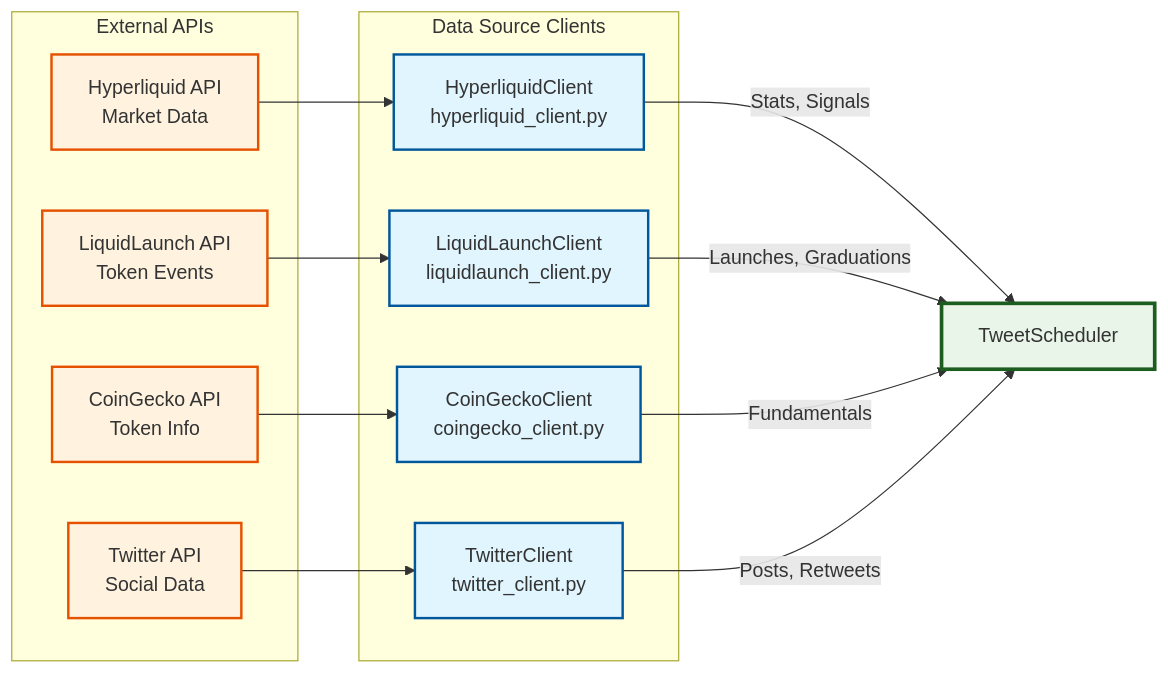
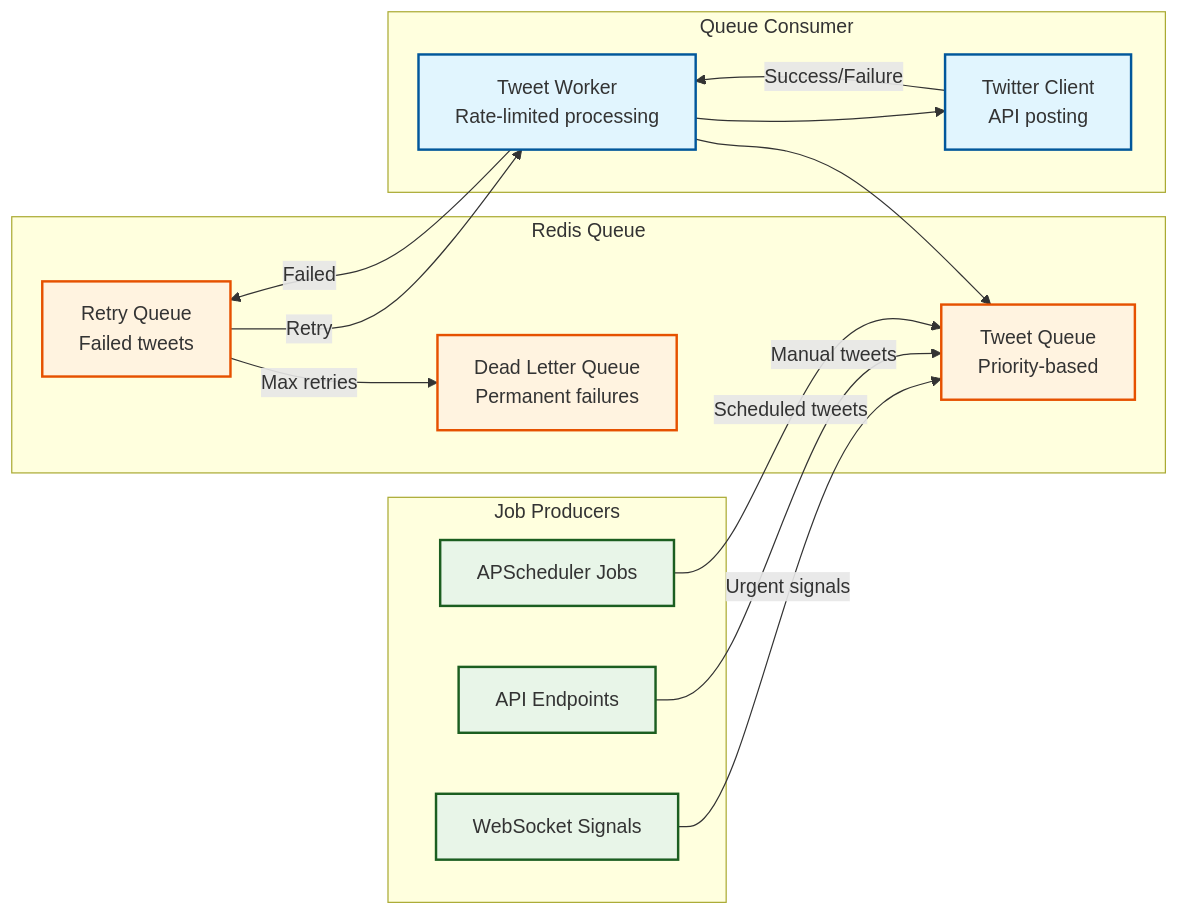
The second of 4 diagrams in docs/arch.md (hypexbt/hypexbt), drawn with Mermaid before and after one commit. The commit also changed other lines of this file and 1 other file, not shown here.

Commit message:
docs: update architecture to single container + Redis queue - Updated README.md and arch.md to reflect single-container architecture with Redis queue processing, background jobs, and future scaling path

````diff
--- a/docs/arch.md
+++ b/docs/arch.md
@@ -57,34 +85,39 @@
 ```mermaid
 graph LR
-    subgraph APIs [External APIs]
-        HLAPI[Hyperliquid API<br/>Market Data]
-        LLAPI[LiquidLaunch API<br/>Token Events]
-        CGAPI[CoinGecko API<br/>Token Info]
-        TWAPI[Twitter API<br/>Social Data]
+    subgraph PRODUCERS [Job Producers]
+        SCHED[APScheduler Jobs]
+        API[API Endpoints]
+        WS[WebSocket Signals]
     end
 
-    subgraph CLIENTS [Data Source Clients]
-        HLC[HyperliquidClient<br/>hyperliquid_client.py]
-        LLC[LiquidLaunchClient<br/>liquidlaunch_client.py]
-        CGC[CoinGeckoClient<br/>coingecko_client.py]
-        TWC[TwitterClient<br/>twitter_client.py]
+    subgraph QUEUE [Redis Queue]
+        TWEETS[Tweet Queue<br/>Priority-based]
+        RETRY[Retry Queue<br/>Failed tweets]
+        DLQ[Dead Letter Queue<br/>Permanent failures]
     end
 
-    HLAPI --> HLC
-    LLAPI --> LLC
-    CGAPI --> CGC
-    TWAPI --> TWC
+    subgraph CONSUMER [Queue Consumer]
+        WORKER[Tweet Worker<br/>Rate-limited processing]
+        TWITTER[Twitter Client<br/>API posting]
+    end
 
-    HLC --> |Stats, Signals| SCHEDULER[TweetScheduler]
-    LLC --> |Launches, Graduations| SCHEDULER
-    CGC --> |Fundamentals| SCHEDULER
-    TWC --> |Posts, Retweets| SCHEDULER
+    SCHED --> |Scheduled tweets| TWEETS
+    API --> |Manual tweets| TWEETS
+    WS --> |Urgent signals| TWEETS
 
-    classDef api fill:#fff3e0,stroke:#e65100,stroke-width:2px
-    classDef client fill:#e1f5fe,stroke:#01579b,stroke-width:2px
-    classDef core fill:#e8f5e8,stroke:#1b5e20,stroke-width:3px
+    WORKER --> TWEETS
+    WORKER --> |Failed| RETRY
+    RETRY --> |Max retries| DLQ
+    RETRY --> |Retry| WORKER
 
-    class HLAPI,LLAPI,CGAPI,TWAPI api
-    class HLC,LLC,CGC,TWC client
-    class SCHEDULER core
+    WORKER --> TWITTER
+    TWITTER --> |Success/Failure| WORKER
+
+    classDef producer fill:#e8f5e8,stroke:#1b5e20,stroke-width:2px
+    classDef queue fill:#fff3e0,stroke:#e65100,stroke-width:2px
+    classDef consumer fill:#e1f5fe,stroke:#01579b,stroke-width:2px
+
+    class SCHED,API,WS producer
+    class TWEETS,RETRY,DLQ queue
+    class WORKER,TWITTER consumer
 ```
````
